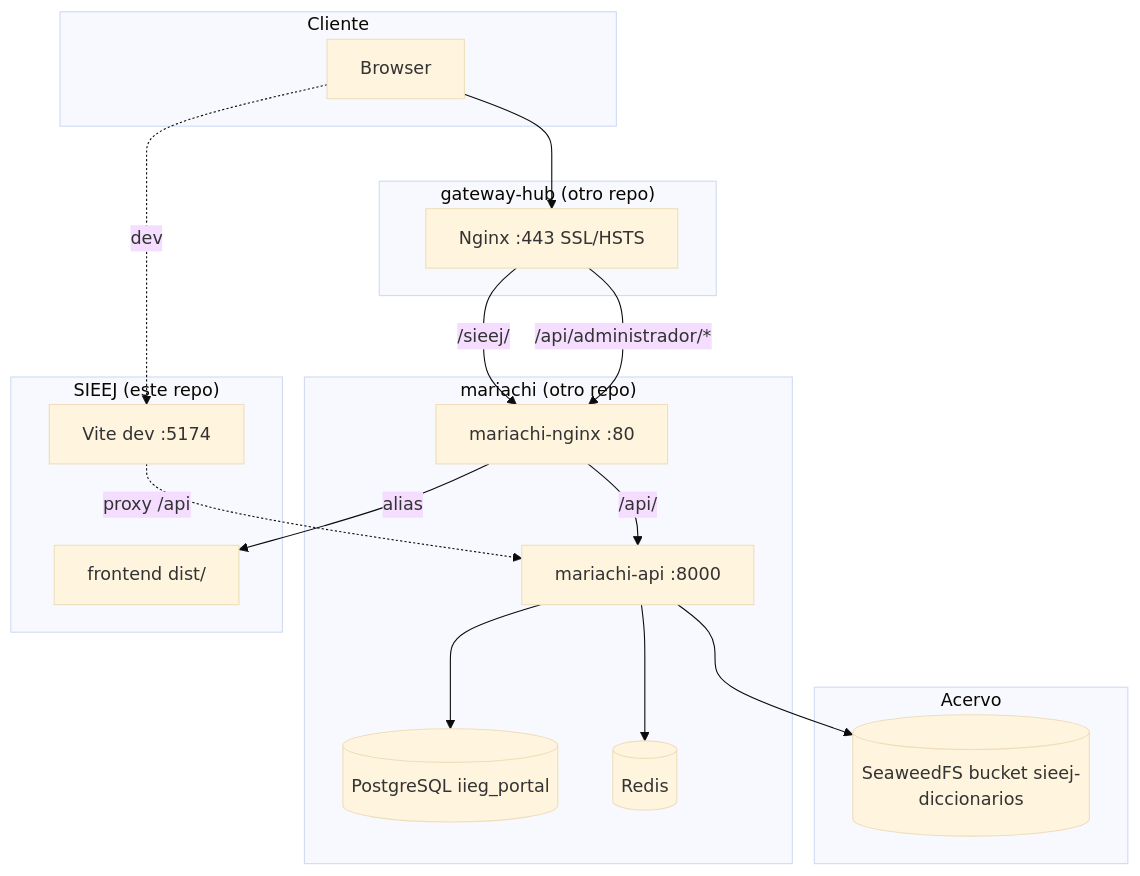
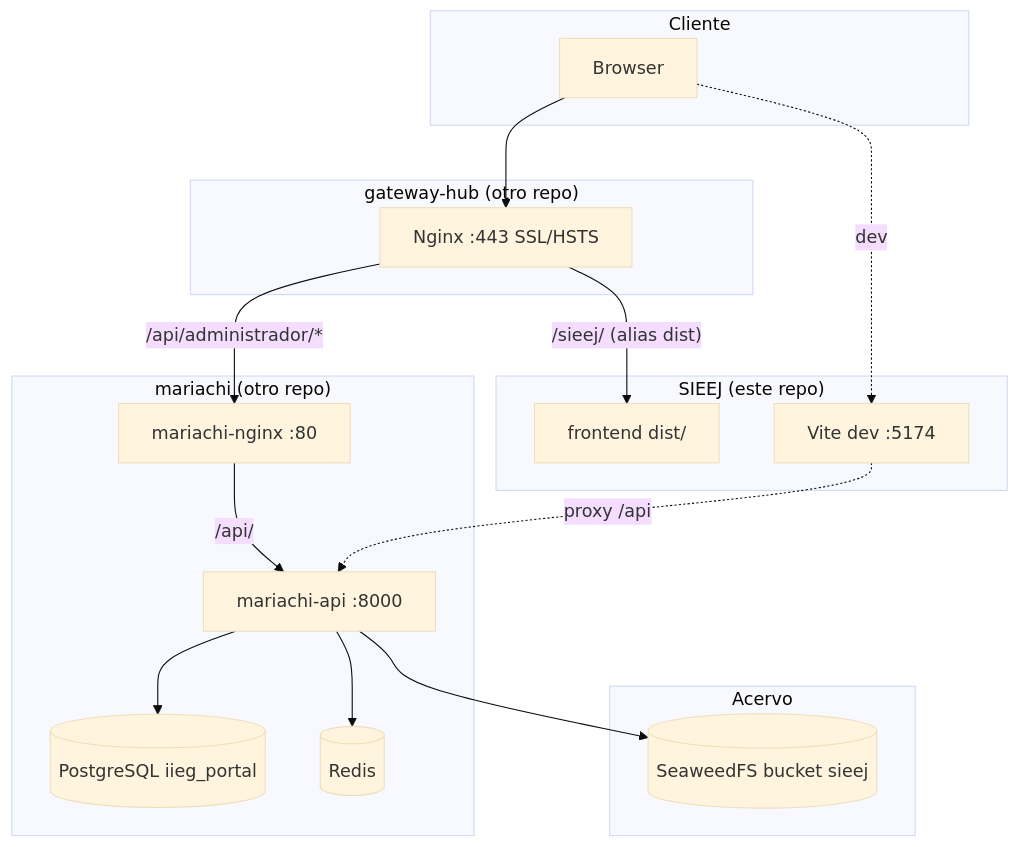
One commit to iieg-oficial/sieej changed the diagram in docs/arquitectura.md. Above: the diagram before and after it, drawn with Mermaid (base theme). The commit also changed other lines of this file and 1 other file, not shown here.

First line of the commit message:
docs: unificar serving del dist y homologar bucket 'sieej'

````diff
--- a/docs/arquitectura.md
+++ b/docs/arquitectura.md
@@ -10,38 +10,37 @@
 ```mermaid
 graph TD
     subgraph Cliente
         B[Browser]
     end
 
     subgraph "gateway-hub (otro repo)"
         GW[Nginx :443 SSL/HSTS]
     end
 
     subgraph "mariachi (otro repo)"
         MN[mariachi-nginx :80]
         MA[mariachi-api :8000]
         PG[(PostgreSQL iieg_portal)]
         RD[(Redis)]
     end
 
     subgraph "Acervo"
-        AC[(SeaweedFS bucket sieej-diccionarios)]
+        AC[(SeaweedFS bucket sieej)]
     end
 
     subgraph "SIEEJ (este repo)"
         FE[frontend dist/]
         DEV[Vite dev :5174]
     end
 
     B --> GW
-    GW -- "/sieej/" --> MN
+    GW -- "/sieej/ (alias dist)" --> FE
     GW -- "/api/administrador/*" --> MN
-    MN -- alias --> FE
     MN -- "/api/" --> MA
     MA --> PG
     MA --> RD
     MA --> AC
 
     B -. dev .-> DEV
     DEV -. proxy /api .-> MA
 ```
````
